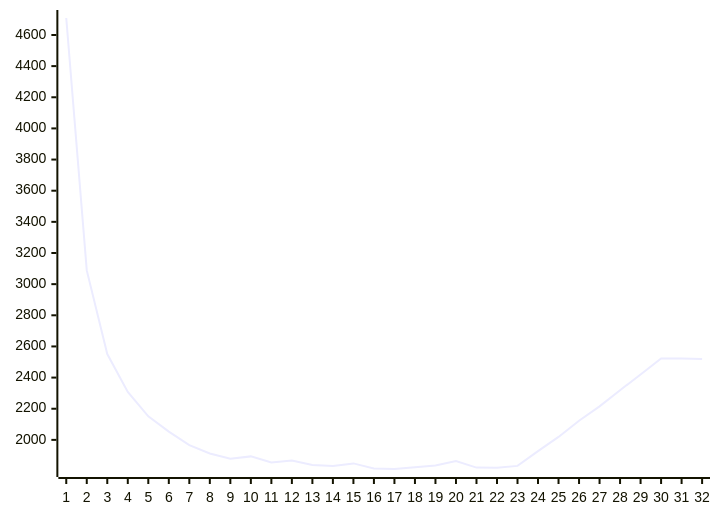
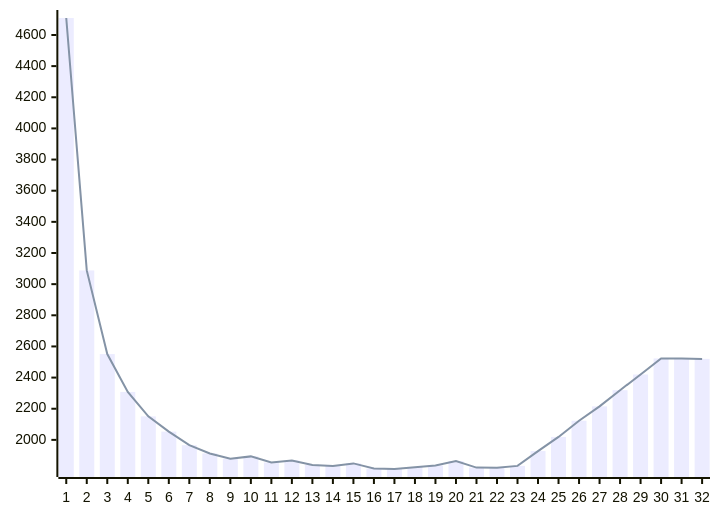
The third of 3 diagrams in Cache Lab/workspace/20240614.md (hanmyeonglee/cs211), drawn with Mermaid before and after one commit. The commit also changed other lines of this file, not shown here.

Commit message:
Feat: adds page break, chart info

````diff
--- a/Cache Lab/workspace/20240614.md
+++ b/Cache Lab/workspace/20240614.md
@@ -212,5 +225,6 @@
 ```mermaid
 xychart
   x-axis [1, 2, 3, 4, 5, 6, 7, 8, 9, 10, 11, 12, 13, 14, 15, 16, 17, 18, 19, 20, 21, 22, 23, 24, 25, 26, 27, 28, 29, 30, 31, 32]
+  bar [4709, 3088, 2551, 2308, 2151, 2053, 1966, 1913, 1879, 1894, 1855, 1868, 1839, 1832, 1849, 1816, 1813, 1825, 1836, 1864, 1822, 1821, 1833, 1928, 2019, 2123, 2215, 2319, 2420, 2523, 2522, 2520]
   line [4709, 3088, 2551, 2308, 2151, 2053, 1966, 1913, 1879, 1894, 1855, 1868, 1839, 1832, 1849, 1816, 1813, 1825, 1836, 1864, 1822, 1821, 1833, 1928, 2019, 2123, 2215, 2319, 2420, 2523, 2522, 2520]
 ```
````
